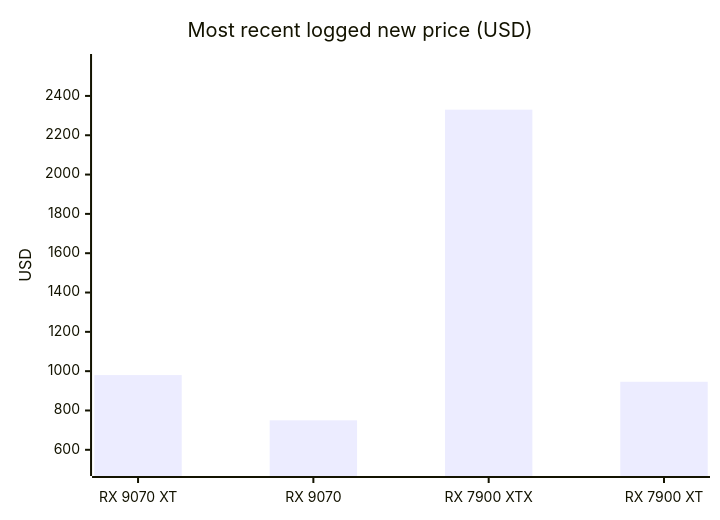
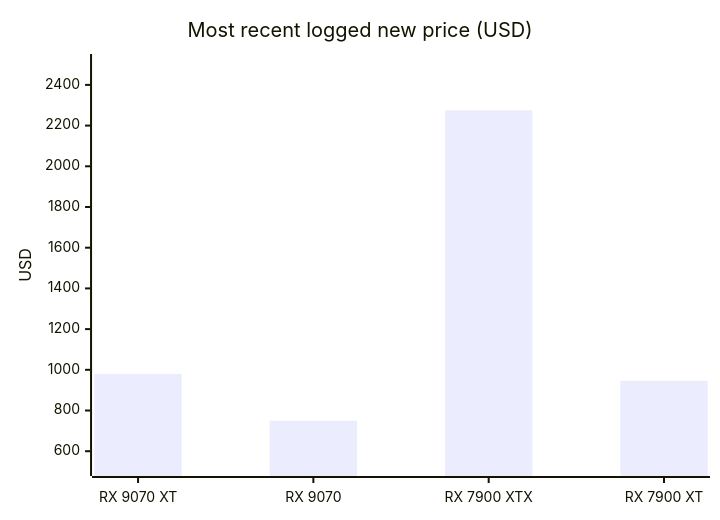
One commit to 7324136828/4tb_ssd_price_watch changed the tenth of 18 diagrams in README.md. Above: the diagram before and after it, drawn with Mermaid. The commit also changed other lines of this file, not shown here.

````diff
--- a/README.md
+++ b/README.md
@@ -1280,7 +1317,7 @@
 ```mermaid
 xychart-beta
     title "Most recent logged new price (USD)"
     x-axis ["RX 9070 XT", "RX 9070", "RX 7900 XTX", "RX 7900 XT"]
-    y-axis "USD" 510 --> 2570
-    bar [979.99, 749.99, 2330.00, 946.00]
+    y-axis "USD" 520 --> 2510
+    bar [979.99, 749.99, 2275.00, 946.00]
 ```
````
